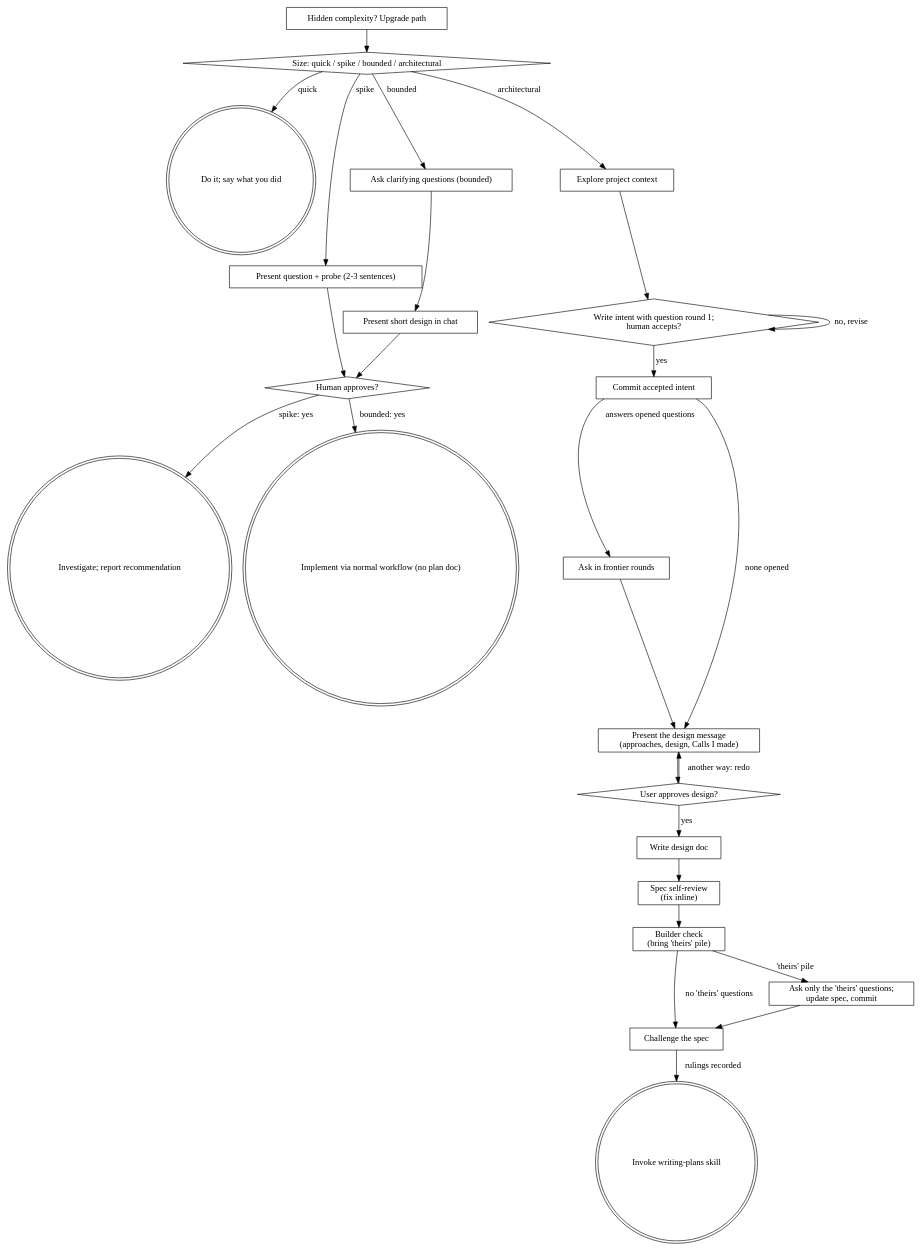
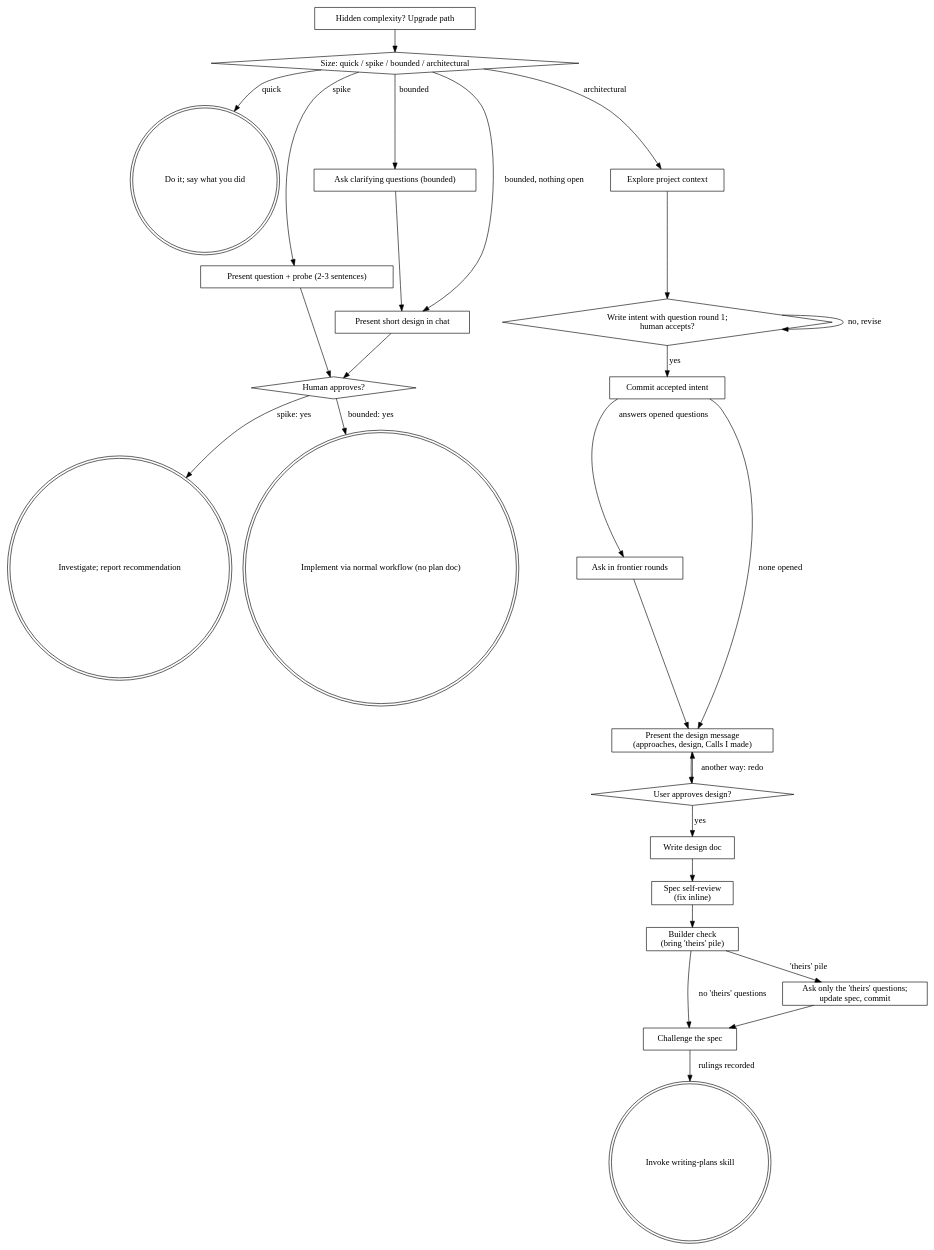
Before and after one commit to malekgxd/superpowers: the diagram in skills/brainstorming/references/architectural.md, drawn with Graphviz. The commit also changed other lines of this file and 3 other files, not shown here.

Commit message:
brainstorming: upstream 7.0.2's three first-message cases on spike and bounded, ask only what changes the build, sensible-place default; fork gates and the one design message kept; Play It Back and Too Simple bodies move to references

````diff
--- a/skills/brainstorming/references/architectural.md
+++ b/skills/brainstorming/references/architectural.md
@@ -52,51 +52,52 @@
 ```dot
 digraph brainstorming {
     "Size: quick / spike / bounded / architectural" [shape=diamond];
     "Do it; say what you did" [shape=doublecircle];
     "Present question + probe (2-3 sentences)" [shape=box];
     "Ask clarifying questions (bounded)" [shape=box];
     "Present short design in chat" [shape=box];
     "Human approves?" [shape=diamond];
     "Investigate; report recommendation" [shape=doublecircle];
     "Implement via normal workflow (no plan doc)" [shape=doublecircle];
     "Explore project context" [shape=box];
     "Write intent with question round 1;\nhuman accepts?" [shape=diamond];
     "Commit accepted intent" [shape=box];
     "Ask in frontier rounds" [shape=box];
     "Challenge the spec" [shape=box];
     "Present the design message\n(approaches, design, Calls I made)" [shape=box];
     "User approves design?" [shape=diamond];
     "Write design doc" [shape=box];
     "Spec self-review\n(fix inline)" [shape=box];
     "Builder check\n(bring 'theirs' pile)" [shape=box];
     "Ask only the 'theirs' questions;\nupdate spec, commit" [shape=box];
     "Invoke writing-plans skill" [shape=doublecircle];
     "Hidden complexity? Upgrade path" [shape=box];
 
     "Size: quick / spike / bounded / architectural" -> "Do it; say what you did" [label="quick"];
     "Size: quick / spike / bounded / architectural" -> "Present question + probe (2-3 sentences)" [label="spike"];
     "Size: quick / spike / bounded / architectural" -> "Ask clarifying questions (bounded)" [label="bounded"];
+    "Size: quick / spike / bounded / architectural" -> "Present short design in chat" [label="bounded, nothing open"];
     "Size: quick / spike / bounded / architectural" -> "Explore project context" [label="architectural"];
     "Present question + probe (2-3 sentences)" -> "Human approves?";
     "Ask clarifying questions (bounded)" -> "Present short design in chat";
     "Present short design in chat" -> "Human approves?";
     "Human approves?" -> "Investigate; report recommendation" [label="spike: yes"];
     "Human approves?" -> "Implement via normal workflow (no plan doc)" [label="bounded: yes"];
     "Hidden complexity? Upgrade path" -> "Size: quick / spike / bounded / architectural";
     "Explore project context" -> "Write intent with question round 1;\nhuman accepts?";
     "Write intent with question round 1;\nhuman accepts?" -> "Write intent with question round 1;\nhuman accepts?" [label="no, revise"];
     "Write intent with question round 1;\nhuman accepts?" -> "Commit accepted intent" [label="yes"];
     "Commit accepted intent" -> "Ask in frontier rounds" [label="answers opened questions"];
     "Commit accepted intent" -> "Present the design message\n(approaches, design, Calls I made)" [label="none opened"];
     "Ask in frontier rounds" -> "Present the design message\n(approaches, design, Calls I made)";
     "Present the design message\n(approaches, design, Calls I made)" -> "User approves design?";
     "User approves design?" -> "Present the design message\n(approaches, design, Calls I made)" [label="another way: redo"];
     "User approves design?" -> "Write design doc" [label="yes"];
     "Write design doc" -> "Spec self-review\n(fix inline)";
     "Spec self-review\n(fix inline)" -> "Builder check\n(bring 'theirs' pile)";
     "Builder check\n(bring 'theirs' pile)" -> "Challenge the spec" [label="no 'theirs' questions"];
     "Builder check\n(bring 'theirs' pile)" -> "Ask only the 'theirs' questions;\nupdate spec, commit" [label="'theirs' pile"];
     "Ask only the 'theirs' questions;\nupdate spec, commit" -> "Challenge the spec";
     "Challenge the spec" -> "Invoke writing-plans skill" [label="rulings recorded"];
 }
 ```
````
